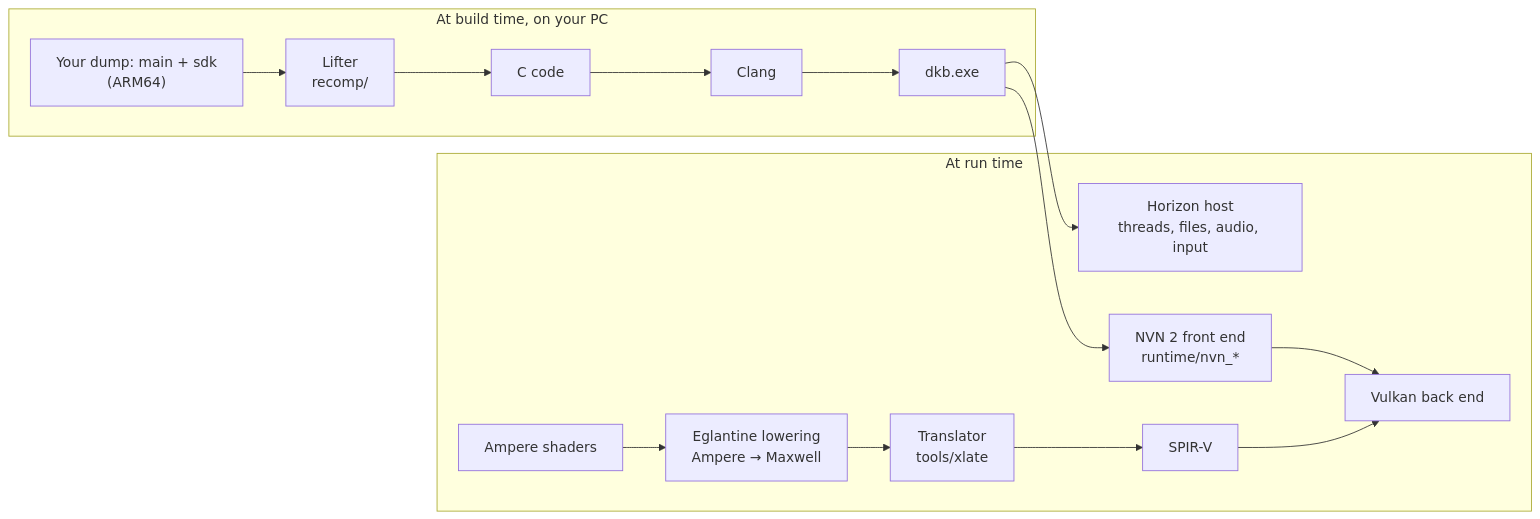
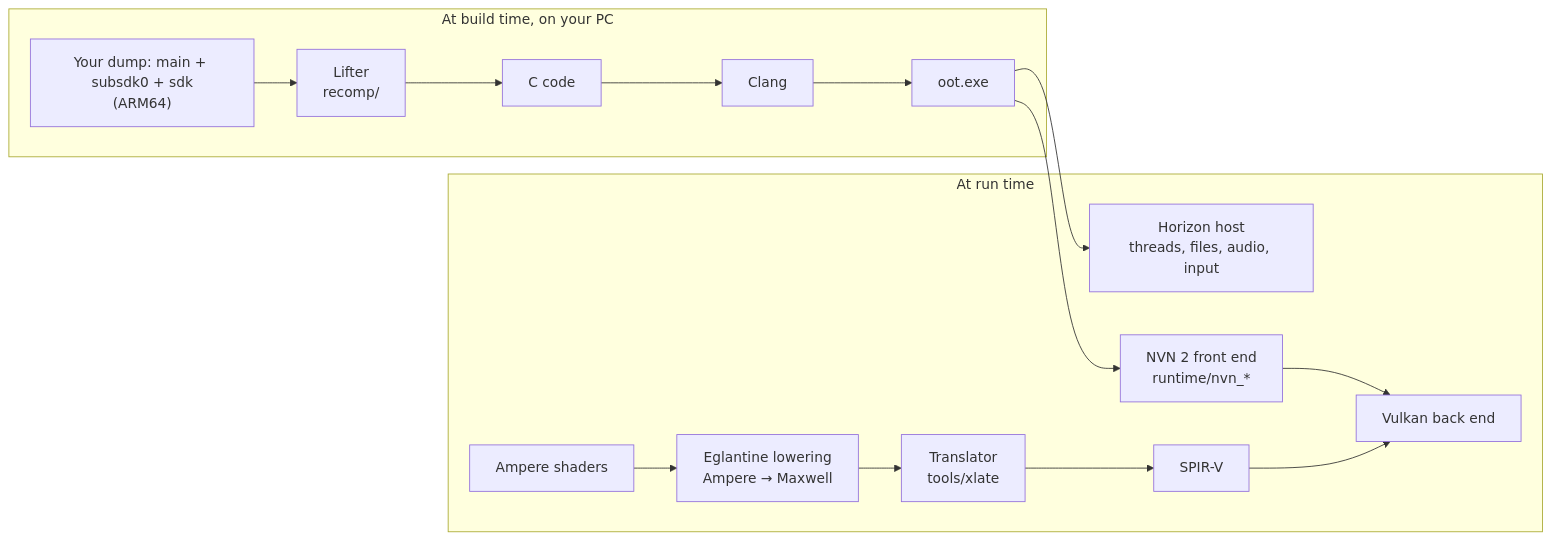
The diagram in README.md (philneitz/oot-pc-recomp), drawn with Mermaid before and after one commit. The commit also changed other lines of this file and 8 other files, not shown here.

````diff
--- a/README.md
+++ b/README.md
@@ -57,11 +46,11 @@
 ```mermaid
 flowchart LR
     subgraph offline["At build time, on your PC"]
-        exefs["Your dump: main + sdk<br/>(ARM64)"] --> lifter["Lifter<br/>recomp/"] --> c["C code"] --> clang["Clang"] --> exe["dkb.exe"]
+        exefs["Your dump: main + subsdk0 + sdk<br/>(ARM64)"] --> lifter["Lifter<br/>recomp/"] --> c["C code"] --> clang["Clang"] --> exe["oot.exe"]
     end
     subgraph runtime["At run time"]
         exe --> host["Horizon host<br/>threads, files, audio, input"]
         exe --> nvn["NVN 2 front end<br/>runtime/nvn_*"] --> vk["Vulkan back end"]
         sass["Ampere shaders"] --> lower["Eglantine lowering<br/>Ampere → Maxwell"] --> xlate["Translator<br/>tools/xlate"] --> spirv["SPIR-V"] --> vk
     end
 ```
````
